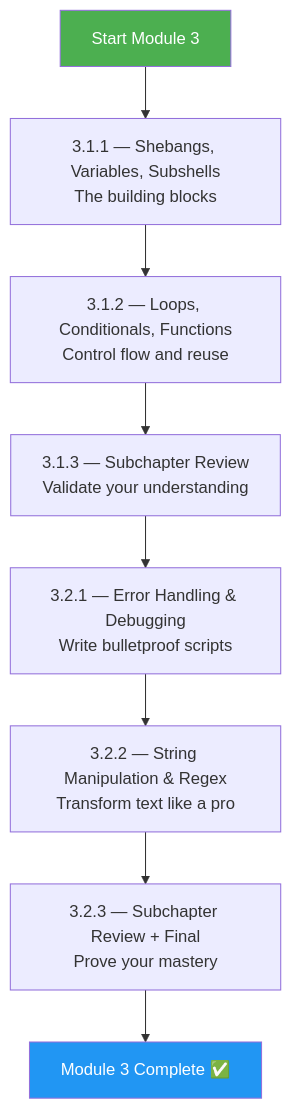
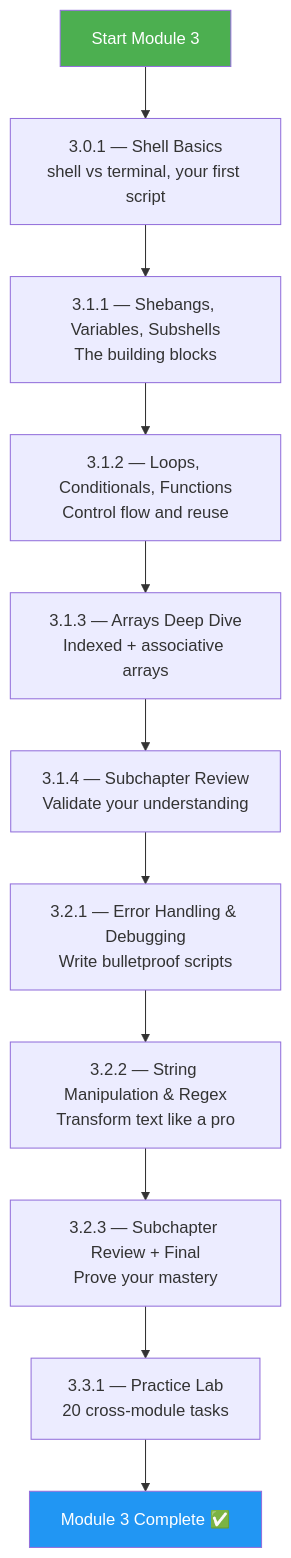
Before and after one commit to VidhyadharanSS/PlatformEngineeringNotes: the second of 3 diagrams in 3-Shell-Scripting/Module_3_Approach_Guide.md, drawn with Mermaid. The commit also changed other lines of this file and 45 other files, not shown here.

````diff
--- a/3-Shell-Scripting/Module_3_Approach_Guide.md
+++ b/3-Shell-Scripting/Module_3_Approach_Guide.md
@@ -41,13 +47,16 @@
 ```mermaid
 flowchart TD
-    A[Start Module 3] --> B["3.1.1 — Shebangs, Variables, Subshells<br/>The building blocks"]
+    A[Start Module 3] --> Z["3.0.1 — Shell Basics<br/>shell vs terminal, your first script"]
+    Z --> B["3.1.1 — Shebangs, Variables, Subshells<br/>The building blocks"]
     B --> C["3.1.2 — Loops, Conditionals, Functions<br/>Control flow and reuse"]
-    C --> D["3.1.3 — Subchapter Review<br/>Validate your understanding"]
+    C --> X["3.1.3 — Arrays Deep Dive<br/>Indexed + associative arrays"]
+    X --> D["3.1.4 — Subchapter Review<br/>Validate your understanding"]
     D --> E["3.2.1 — Error Handling & Debugging<br/>Write bulletproof scripts"]
     E --> F["3.2.2 — String Manipulation & Regex<br/>Transform text like a pro"]
     F --> G["3.2.3 — Subchapter Review + Final<br/>Prove your mastery"]
-    G --> H[Module 3 Complete ✅]
+    G --> L["3.3.1 — Practice Lab<br/>20 cross-module tasks"]
+    L --> H[Module 3 Complete ✅]
 
     style A fill:#4CAF50,color:#fff
     style H fill:#2196F3,color:#fff
 ```
````
